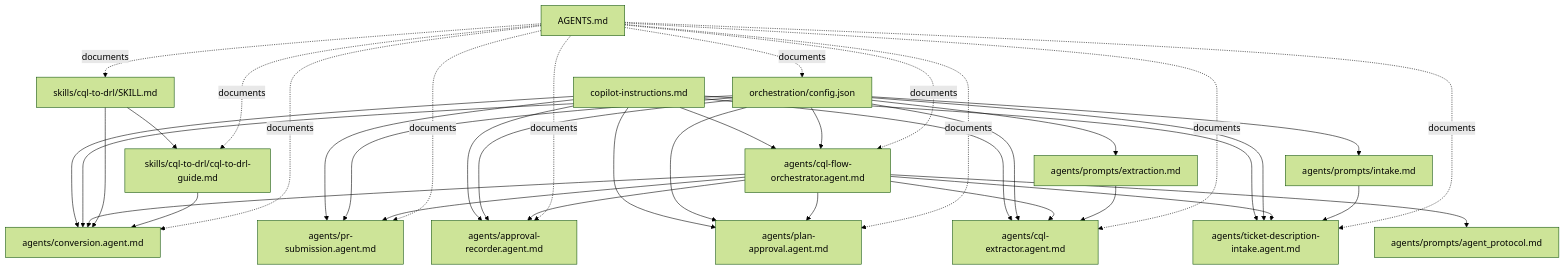
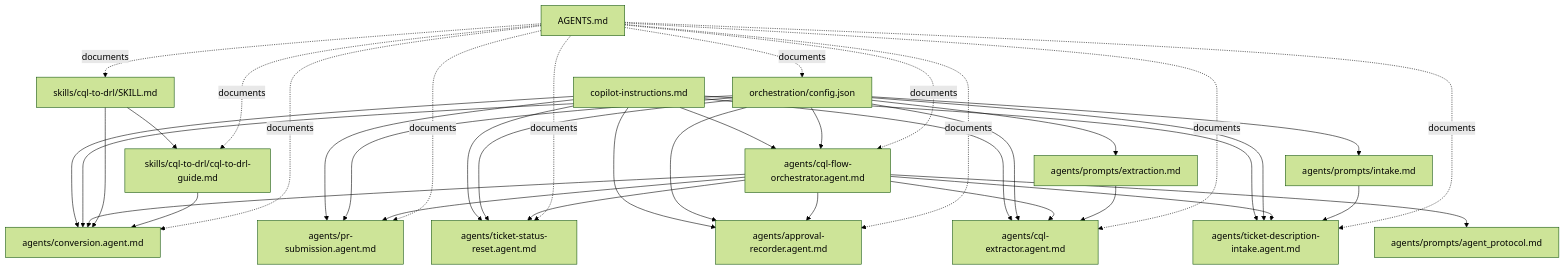
The diagram in .github/AGENTS.md (TriptiMandhyan/cql-to-drl-conversion), drawn with Mermaid (forest theme) before and after one commit. The commit also changed other lines of this file and 59 other files, not shown here.

Commit message:
Updated flow, added MCP for python, orchestrator added

````diff
--- a/.github/AGENTS.md
+++ b/.github/AGENTS.md
@@ -7,65 +7,65 @@
 ```mermaid
 flowchart TD
     CI[copilot-instructions.md]
     AG[AGENTS.md]
     CFG[orchestration/config.json]
     ORCH[agents/cql-flow-orchestrator.agent.md]
     PROTO[agents/prompts/agent_protocol.md]
 
     INTAKE[agents/ticket-description-intake.agent.md]
     INTAKEP[agents/prompts/intake.md]
     EXTRACT[agents/cql-extractor.agent.md]
     EXTRACTP[agents/prompts/extraction.md]
-    PLAN[agents/plan-approval.agent.md]
     APPROVAL[agents/approval-recorder.agent.md]
+    RESET[agents/ticket-status-reset.agent.md]
     CONVERT[agents/conversion.agent.md]
     PR[agents/pr-submission.agent.md]
 
     SKILL[skills/cql-to-drl/SKILL.md]
     GUIDE[skills/cql-to-drl/cql-to-drl-guide.md]
 
     CI --> ORCH
     CI --> INTAKE
     CI --> EXTRACT
-    CI --> PLAN
     CI --> APPROVAL
+    CI --> RESET
     CI --> CONVERT
     CI --> PR
 
     CFG --> ORCH
     CFG --> INTAKE
     CFG --> EXTRACT
-    CFG --> PLAN
     CFG --> APPROVAL
+    CFG --> RESET
     CFG --> CONVERT
     CFG --> PR
 
     ORCH --> PROTO
     ORCH --> INTAKE
     ORCH --> EXTRACT
-    ORCH --> PLAN
     ORCH --> APPROVAL
+    ORCH --> RESET
     ORCH --> CONVERT
     ORCH --> PR
 
     CFG --> INTAKEP
     CFG --> EXTRACTP
 
     INTAKEP --> INTAKE
     EXTRACTP --> EXTRACT
 
     SKILL --> GUIDE
     SKILL --> CONVERT
     GUIDE --> CONVERT
 
     AG -.documents.-> CFG
     AG -.documents.-> ORCH
     AG -.documents.-> INTAKE
     AG -.documents.-> EXTRACT
-    AG -.documents.-> PLAN
     AG -.documents.-> APPROVAL
+    AG -.documents.-> RESET
     AG -.documents.-> CONVERT
     AG -.documents.-> PR
     AG -.documents.-> SKILL
     AG -.documents.-> GUIDE
 ```
````
